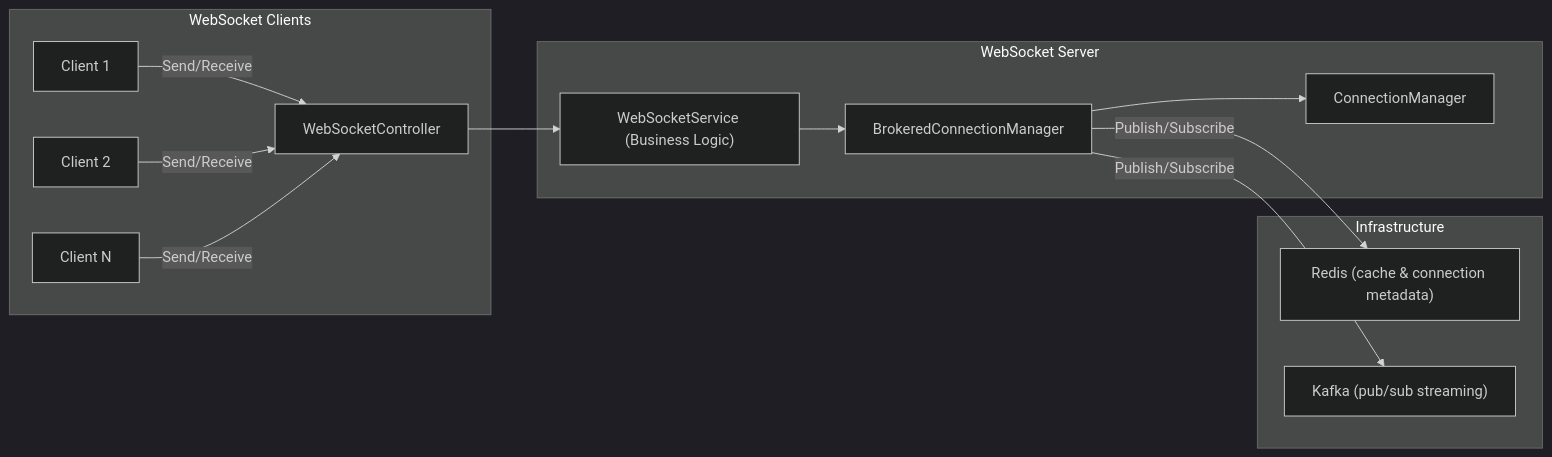
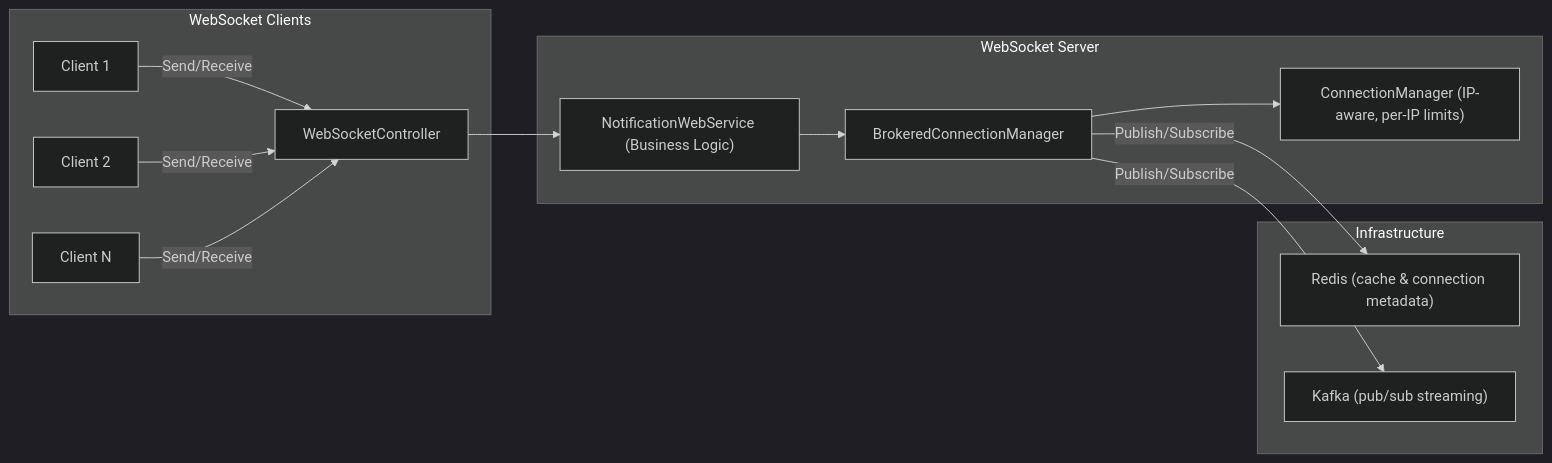
The diagram in Readme.md (emmanuel-karanja/WebSocketLib), drawn with Mermaid (dark theme) before and after one commit. The commit also changed other lines of this file and 5 other files, not shown here.

````diff
--- a/Readme.md
+++ b/Readme.md
@@ -27,27 +28,27 @@
 ```mermaid
 flowchart LR
     subgraph Client["WebSocket Clients"]
         A1["Client 1"] -->|Send/Receive| C
         A2["Client 2"] -->|Send/Receive| C
         A3["Client N"] -->|Send/Receive| C
     end
 
     subgraph Server["WebSocket Server"]
         C["WebSocketController"]
-        S["WebSocketService (Business Logic)"]
-        CM["ConnectionManager"]
+        S["NotificationWebService (Business Logic)"]
         BCM["BrokeredConnectionManager"]
+        CM["ConnectionManager (IP-aware, per-IP limits)"]
 
         C --> S
         S --> BCM
         BCM --> CM
     end
 
     subgraph Infra["Infrastructure"]
         R["Redis (cache & connection metadata)"]
         K["Kafka (pub/sub streaming)"]
     end
 
     BCM -->|Publish/Subscribe| R
     BCM -->|Publish/Subscribe| K
 ```
````
